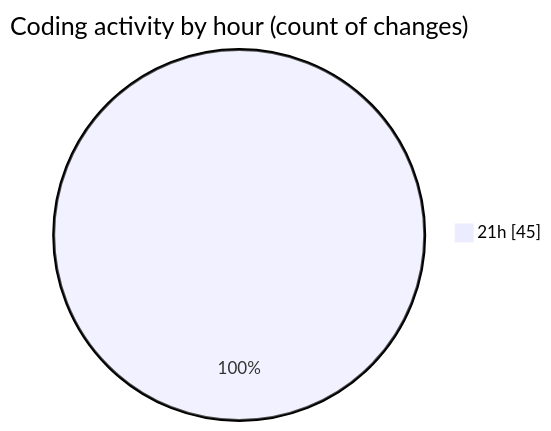
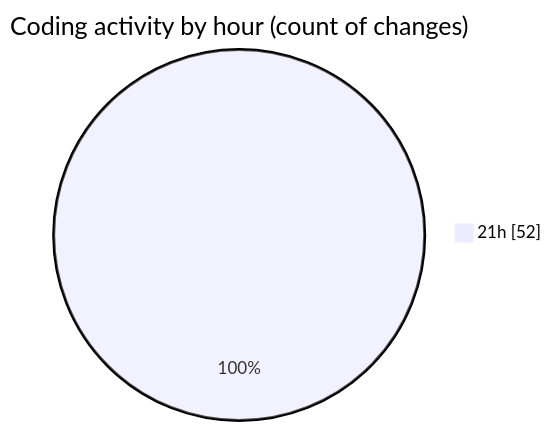
The second of 2 diagrams in 2025-04-05/schoolmanagement/README.md (Netris89/code-tracking), drawn with Mermaid before and after one commit. The commit also changed other lines of this file and 1 other file, not shown here.

````diff
--- a/2025-04-05/schoolmanagement/README.md
+++ b/2025-04-05/schoolmanagement/README.md
@@ -39,5 +43,5 @@
 ```mermaid
 pie showData
 title Coding activity by hour (count of changes)
-"21h" : 45
+"21h" : 52
 ```
````
